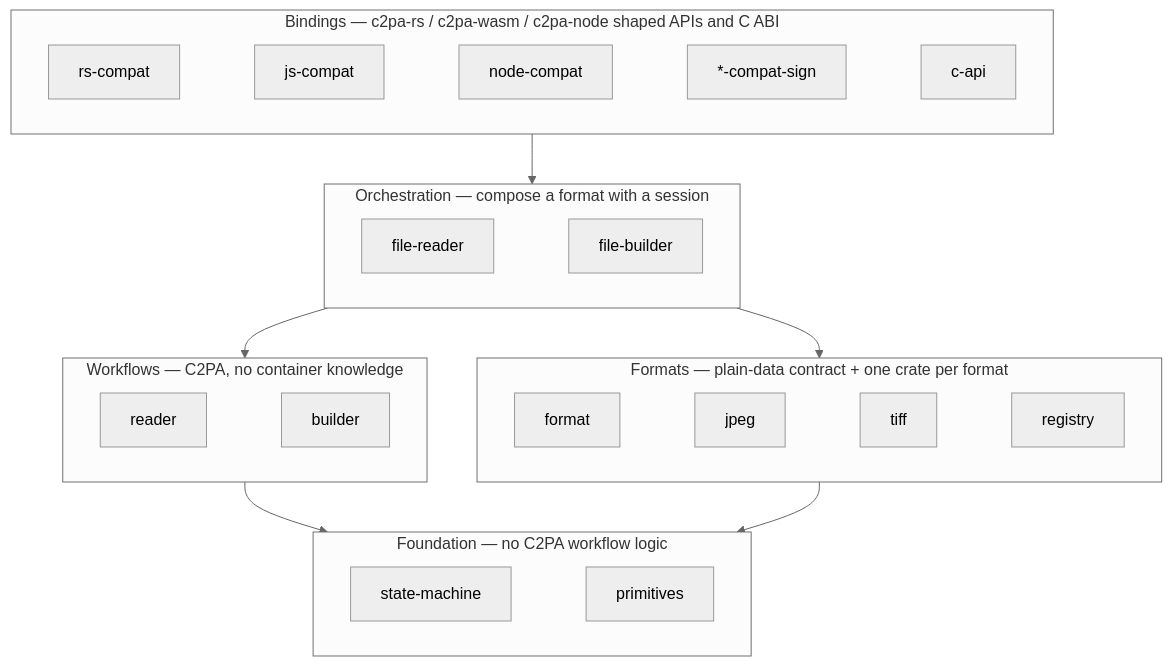
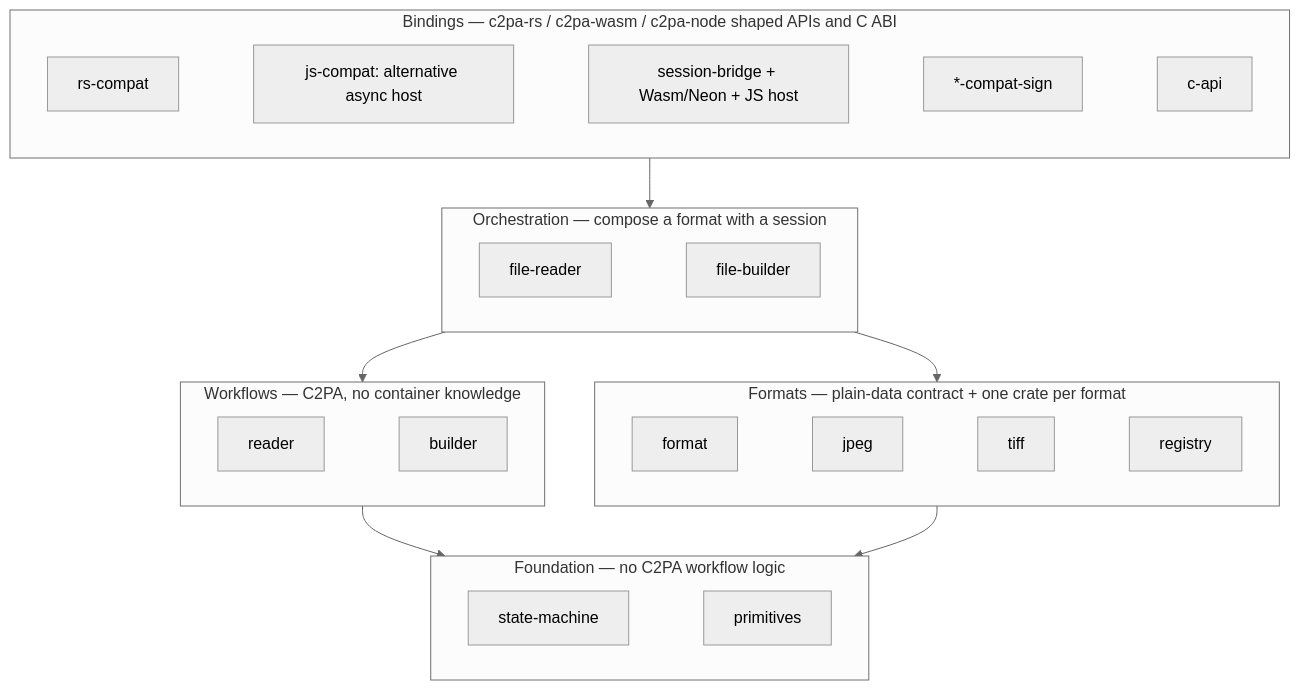
The second of 2 diagrams in docs/walkthrough/02-architecture.md (scouten/state-machine-experiment), drawn with Mermaid (neutral theme) before and after one commit. The commit also changed other lines of this file and 9 other files, not shown here.

First line of the commit message:
docs: document the session bridge, Wasm binding and C++ consumer

````diff
--- a/docs/walkthrough/02-architecture.md
+++ b/docs/walkthrough/02-architecture.md
@@ -76,25 +87,25 @@
 ```mermaid
 flowchart TB
     subgraph L5["Bindings — c2pa-rs / c2pa-wasm / c2pa-node shaped APIs and C ABI"]
         direction LR
-        b1[rs-compat] ~~~ b2[js-compat] ~~~ b3[node-compat] ~~~ b4["*-compat-sign"] ~~~ b5[c-api]
+        b1[rs-compat] ~~~ b2["js-compat: alternative async host"] ~~~ b3["session-bridge + Wasm/Neon + JS host"] ~~~ b4["*-compat-sign"] ~~~ b5[c-api]
     end
     subgraph L4["Orchestration — compose a format with a session"]
         direction LR
         o1[file-reader] ~~~ o2[file-builder]
     end
     subgraph L3["Formats — plain-data contract + one crate per format"]
         direction LR
         f1[format] ~~~ f2[jpeg] ~~~ f3[tiff] ~~~ f4[registry]
     end
     subgraph L2["Workflows — C2PA, no container knowledge"]
         direction LR
         w1[reader] ~~~ w2[builder]
     end
     subgraph L1["Foundation — no C2PA workflow logic"]
         direction LR
         e1[state-machine] ~~~ e2[primitives]
     end
     L5 --> L4 --> L2 --> L1
     L4 --> L3 --> L1
 ```
````
